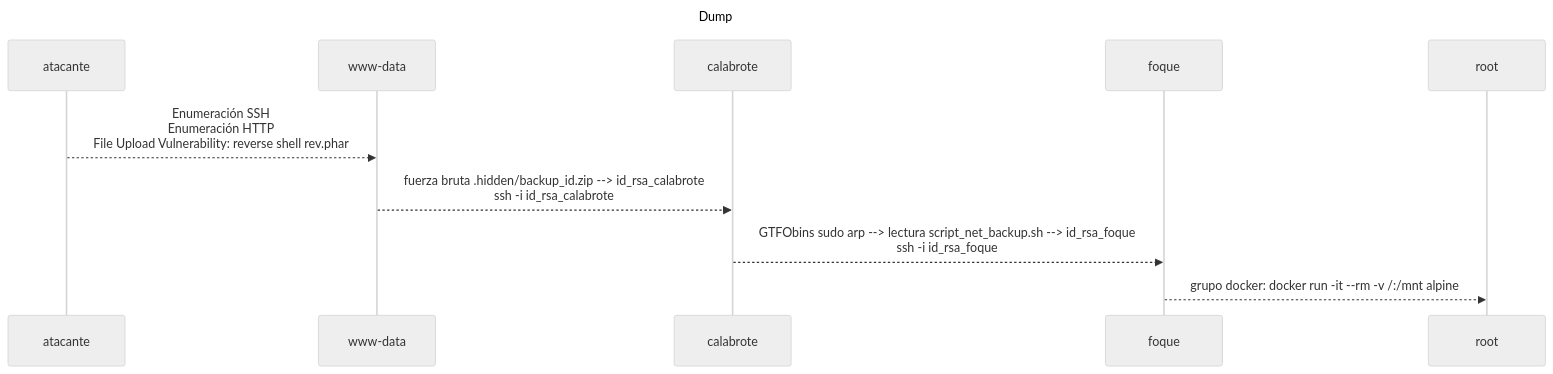
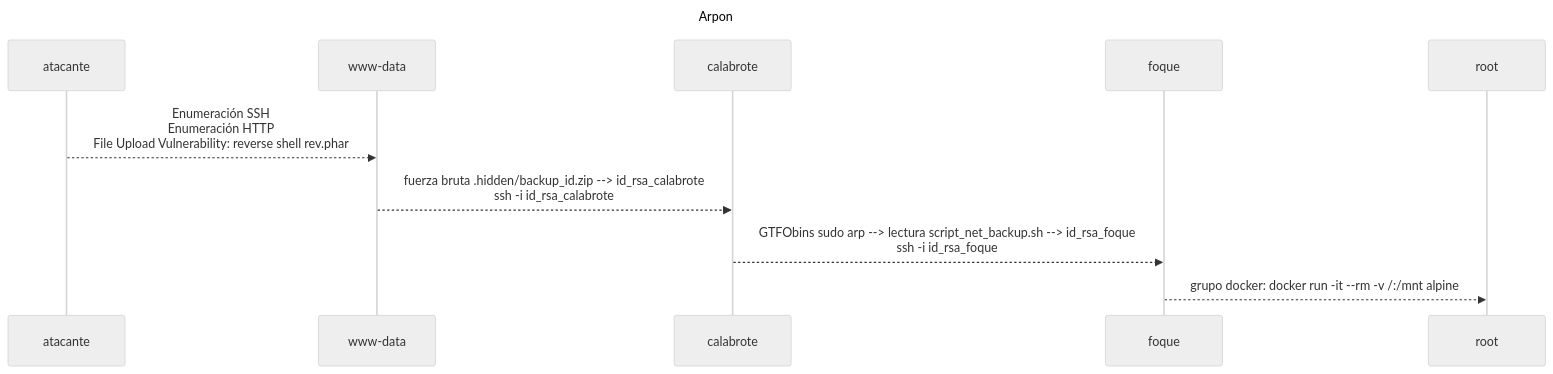
One commit to ManuelGRegal/Writeups changed the first of 2 diagrams in VulNyx-Arpon/README.md. Above: the diagram before and after it, drawn with Mermaid (neutral theme). The commit also changed other lines of this file, not shown here.

````diff
--- a/VulNyx-Arpon/README.md
+++ b/VulNyx-Arpon/README.md
@@ -1083,10 +1083,10 @@
 ```mermaid
 ---
-title: Dump
+title: Arpon
 ---
 sequenceDiagram
     atacante-->>www-data: Enumeración SSH<br>Enumeración HTTP<br>File Upload Vulnerability: reverse shell rev.phar
     www-data-->>calabrote: fuerza bruta .hidden/backup_id.zip --> id_rsa_calabrote<br>ssh -i id_rsa_calabrote
     calabrote-->>foque: GTFObins sudo arp --> lectura script_net_backup.sh --> id_rsa_foque<br>ssh -i id_rsa_foque
     foque-->>root: grupo docker: docker run -it --rm -v /:/mnt alpine
 ```
````
